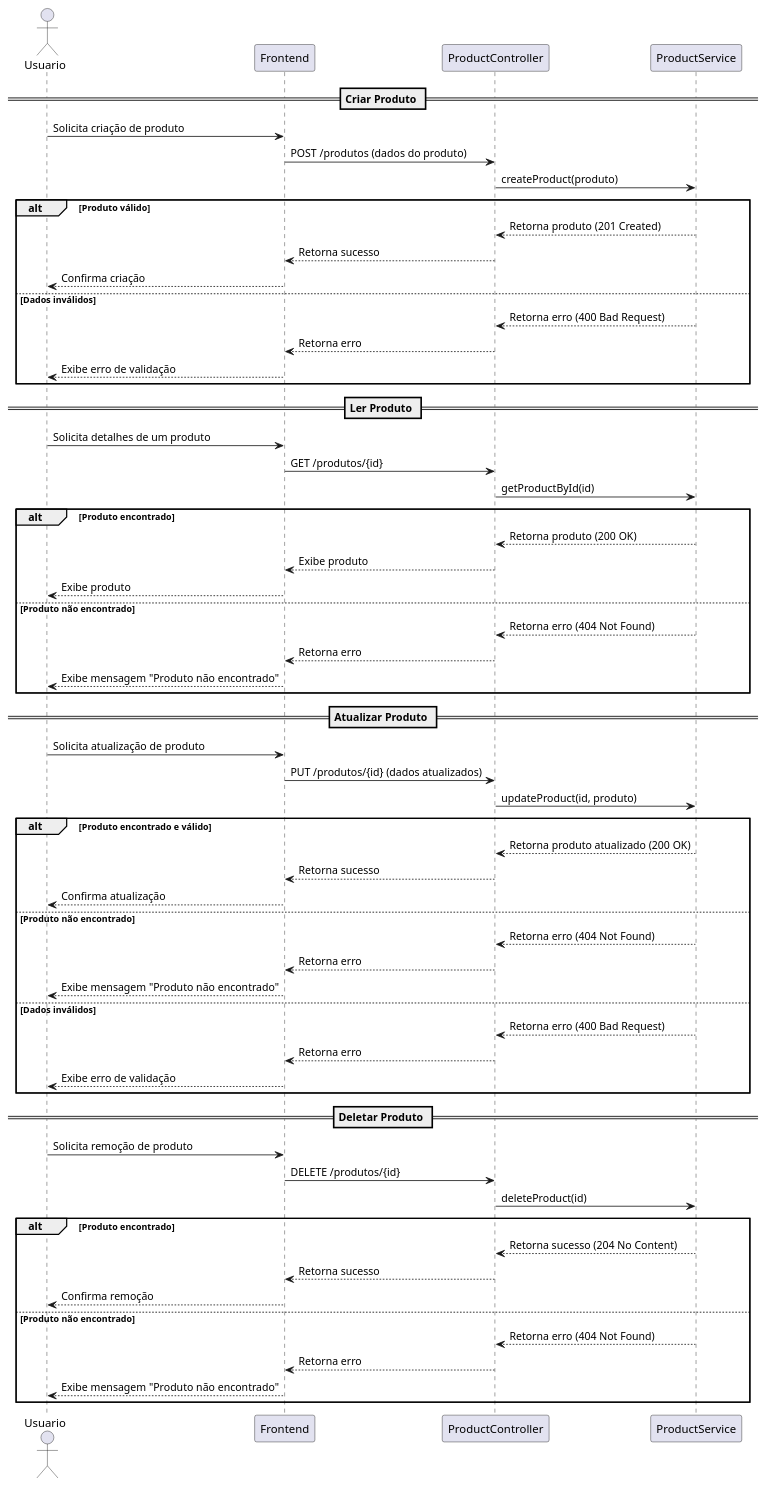
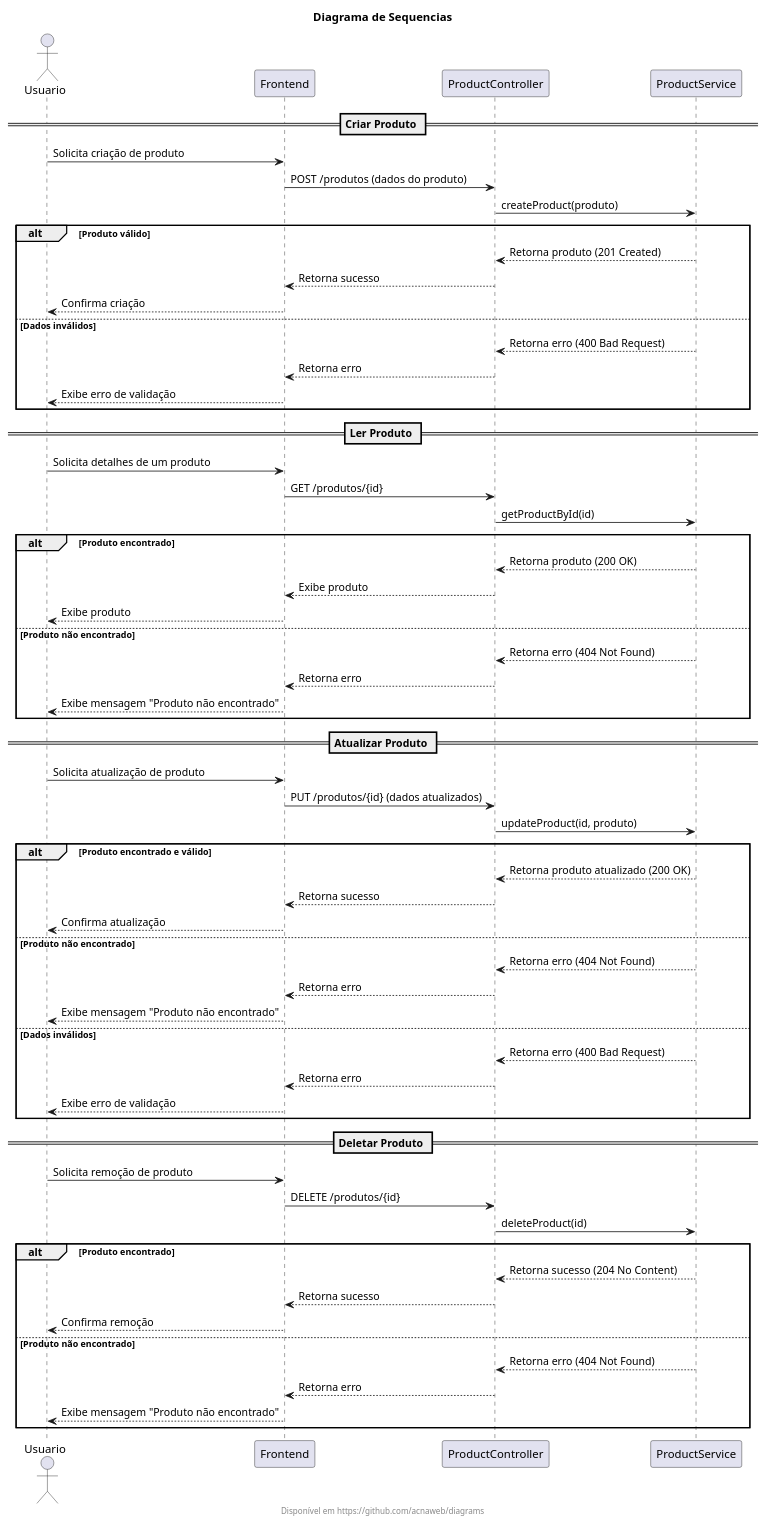
One commit to acnaweb/diagrams changed the diagram in docs/api-sequence.puml. Above: the diagram before and after it, drawn with PlantUML. The commit also changed 4 other files, not shown here.

```diff
--- a/docs/api-sequence.puml
+++ b/docs/api-sequence.puml
@@ -1,67 +1,71 @@
 @startuml
+
+title Diagrama de Sequencias
+footer Disponível em https://github.com/acnaweb/diagrams
+
 actor Usuario
 participant Frontend
 participant ProductController
 participant ProductService
 
 == Criar Produto ==
 Usuario -> Frontend: Solicita criação de produto
 Frontend -> ProductController: POST /produtos (dados do produto)
 ProductController -> ProductService: createProduct(produto)
 alt Produto válido
     ProductService --> ProductController: Retorna produto (201 Created)
     ProductController --> Frontend: Retorna sucesso
     Frontend --> Usuario: Confirma criação
 else Dados inválidos
     ProductService --> ProductController: Retorna erro (400 Bad Request)
     ProductController --> Frontend: Retorna erro
     Frontend --> Usuario: Exibe erro de validação
 end
 
 == Ler Produto ==
 Usuario -> Frontend: Solicita detalhes de um produto
 Frontend -> ProductController: GET /produtos/{id}
 ProductController -> ProductService: getProductById(id)
 alt Produto encontrado
     ProductService --> ProductController: Retorna produto (200 OK)
     ProductController --> Frontend: Exibe produto
     Frontend --> Usuario: Exibe produto
 else Produto não encontrado
     ProductService --> ProductController: Retorna erro (404 Not Found)
     ProductController --> Frontend: Retorna erro
     Frontend --> Usuario: Exibe mensagem "Produto não encontrado"
 end
 
 == Atualizar Produto ==
 Usuario -> Frontend: Solicita atualização de produto
 Frontend -> ProductController: PUT /produtos/{id} (dados atualizados)
 ProductController -> ProductService: updateProduct(id, produto)
 alt Produto encontrado e válido
     ProductService --> ProductController: Retorna produto atualizado (200 OK)
     ProductController --> Frontend: Retorna sucesso
     Frontend --> Usuario: Confirma atualização
 else Produto não encontrado
     ProductService --> ProductController: Retorna erro (404 Not Found)
     ProductController --> Frontend: Retorna erro
     Frontend --> Usuario: Exibe mensagem "Produto não encontrado"
 else Dados inválidos
     ProductService --> ProductController: Retorna erro (400 Bad Request)
     ProductController --> Frontend: Retorna erro
     Frontend --> Usuario: Exibe erro de validação
 end
 
 == Deletar Produto ==
 Usuario -> Frontend: Solicita remoção de produto
 Frontend -> ProductController: DELETE /produtos/{id}
 ProductController -> ProductService: deleteProduct(id)
 alt Produto encontrado
     ProductService --> ProductController: Retorna sucesso (204 No Content)
     ProductController --> Frontend: Retorna sucesso
     Frontend --> Usuario: Confirma remoção
 else Produto não encontrado
     ProductService --> ProductController: Retorna erro (404 Not Found)
     ProductController --> Frontend: Retorna erro
     Frontend --> Usuario: Exibe mensagem "Produto não encontrado"
 end
 
 @enduml
```
